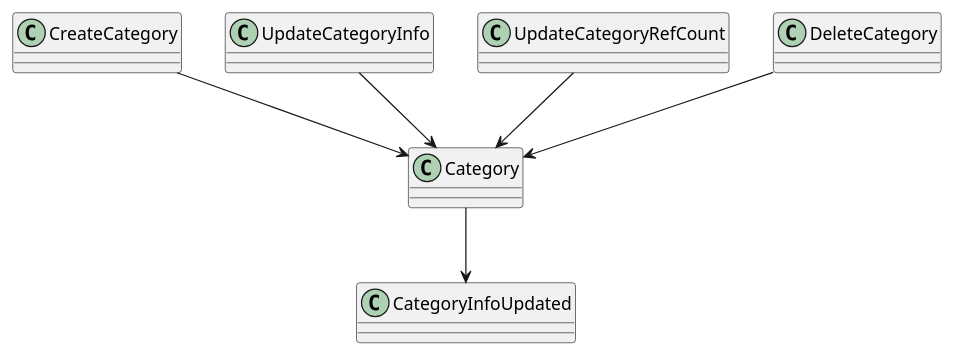
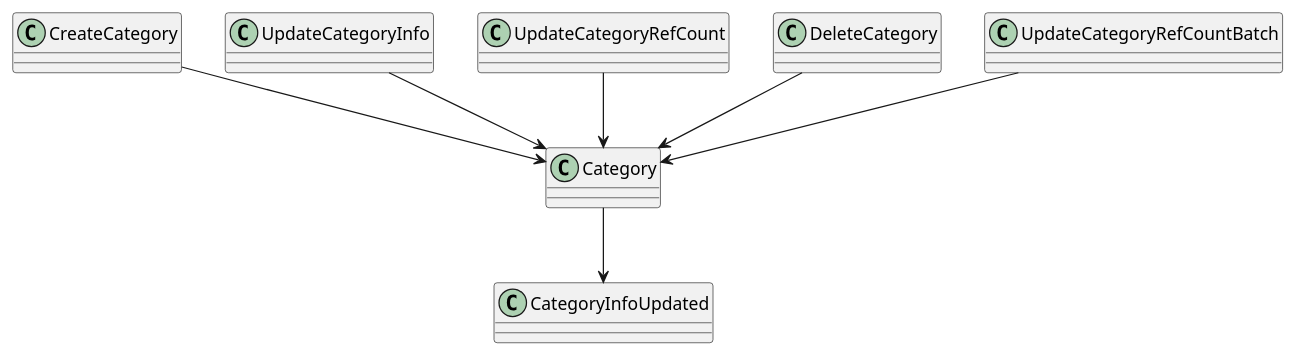
One commit to LDmoxeii/only4-KSP-cap4j changed the diagram in design/domain/category/relationCDE.puml. Above: the diagram before and after it, drawn with PlantUML. The commit also changed 18 other files, not shown here.

```diff
--- a/design/domain/category/relationCDE.puml
+++ b/design/domain/category/relationCDE.puml
@@ -1,8 +1,9 @@
 @startuml
-CreateCategory          -down-> Category
-UpdateCategoryInfo      -down-> Category
-UpdateCategoryRefCount  -down-> Category
-DeleteCategory          -down-> Category
+CreateCategory              -down-> Category
+UpdateCategoryInfo          -down-> Category
+UpdateCategoryRefCount      -down-> Category
+DeleteCategory              -down-> Category
+UpdateCategoryRefCountBatch -down-> Category
 
 Category -down-> CategoryInfoUpdated
 @enduml
```
